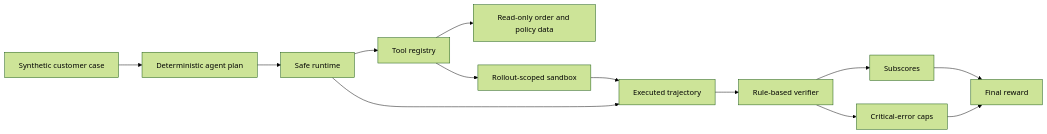
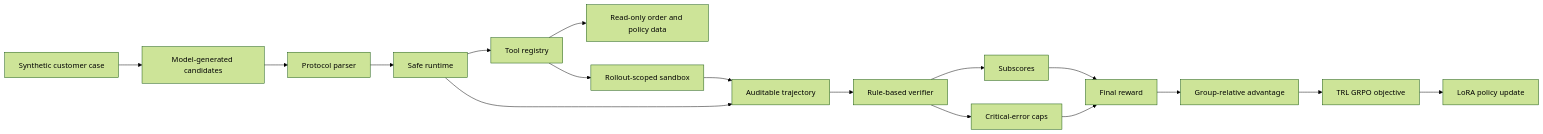
One commit to RongMu00/agentic-rl-customer-support-demo changed the diagram in docs/architecture.md. Above: the diagram before and after it, drawn with Mermaid (forest theme). The commit also changed other lines of this file and 31 other files, not shown here.

Commit message:
Add reproducible SFT and GRPO case study

````diff
--- a/docs/architecture.md
+++ b/docs/architecture.md
@@ -5,15 +5,19 @@
 ```mermaid
 flowchart LR
-    A["Synthetic customer case"] --> B["Deterministic agent plan"]
-    B --> C["Safe runtime"]
-    C --> D["Tool registry"]
+    A["Synthetic customer case"] --> B["Model-generated candidates"]
+    B --> C["Protocol parser"]
+    C --> G["Safe runtime"]
+    G --> D["Tool registry"]
     D --> E["Read-only order and policy data"]
     D --> F["Rollout-scoped sandbox"]
-    C --> G["Executed trajectory"]
-    F --> G
-    G --> H["Rule-based verifier"]
+    G --> T["Auditable trajectory"]
+    F --> T
+    T --> H["Rule-based verifier"]
     H --> I["Subscores"]
     H --> J["Critical-error caps"]
     I --> K["Final reward"]
     J --> K
+    K --> L["Group-relative advantage"]
+    L --> M["TRL GRPO objective"]
+    M --> N["LoRA policy update"]
 ```
````
